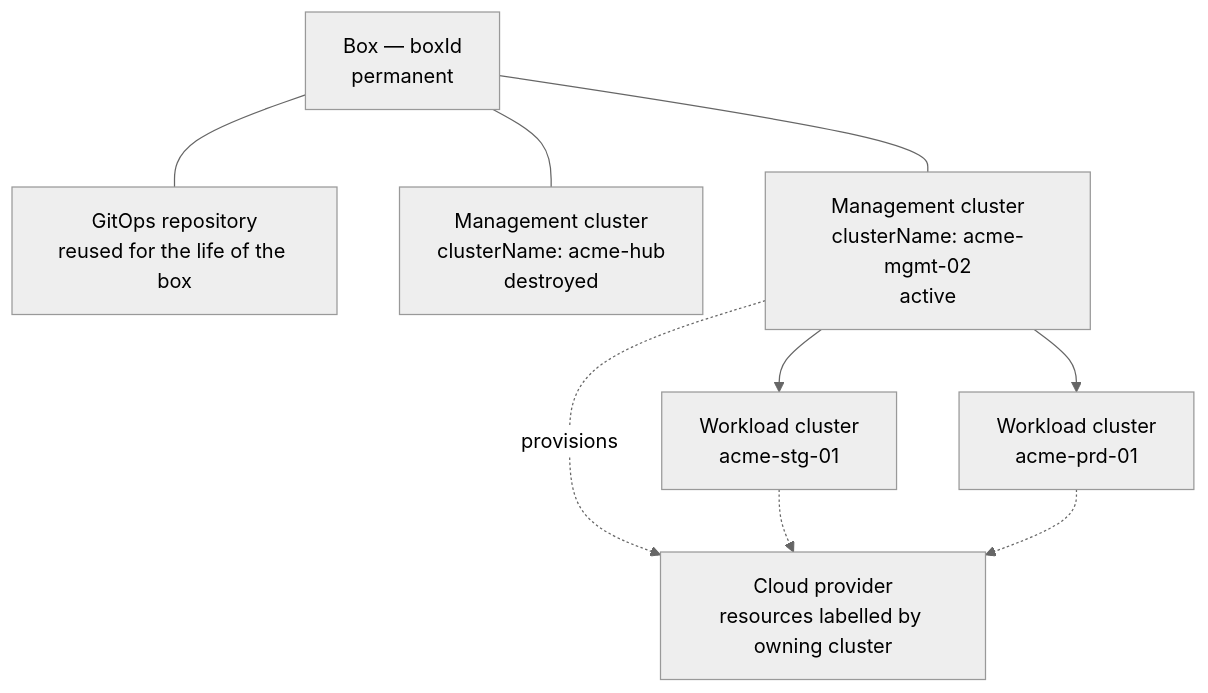
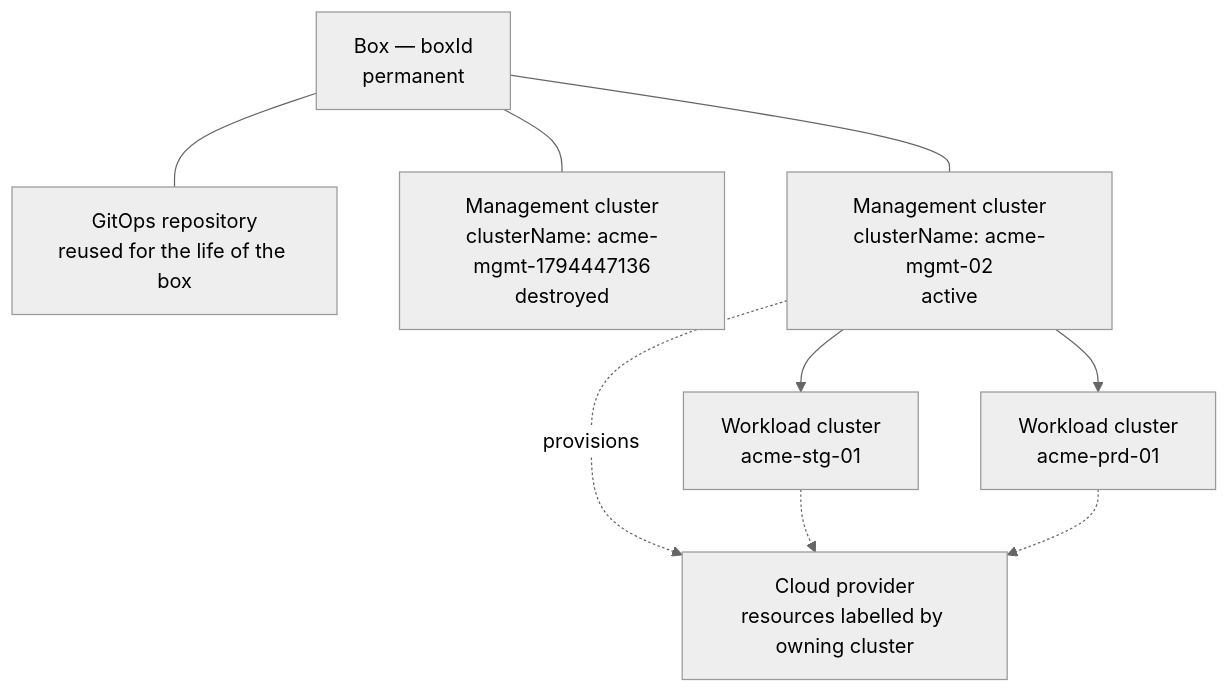
The diagram in documentation/core-concepts.mdx (kamarkat/kamarkat-docs), drawn with Mermaid (neutral theme) before and after one commit. The commit also changed other lines of this file and 37 other files, not shown here.

````diff
--- a/documentation/core-concepts.mdx
+++ b/documentation/core-concepts.mdx
@@ -13,19 +13,19 @@
 ```mermaid
 flowchart TD
   B["Box — boxId<br/>permanent"]
   R["GitOps repository<br/>reused for the life of the box"]
-  M1["Management cluster<br/>clusterName: acme-hub<br/>destroyed"]
+  M1["Management cluster<br/>clusterName: acme-mgmt-1794447136<br/>destroyed"]
   M2["Management cluster<br/>clusterName: acme-mgmt-02<br/>active"]
   W1["Workload cluster<br/>acme-stg-01"]
   W2["Workload cluster<br/>acme-prd-01"]
   P["Cloud provider<br/>resources labelled by owning cluster"]
 
   B --- R
   B --- M1
   B --- M2
   M2 --> W1
   M2 --> W2
   M2 -.provisions.-> P
   W1 -.-> P
   W2 -.-> P
 ```
````
